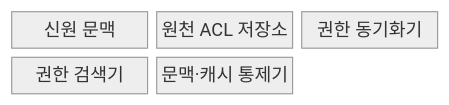
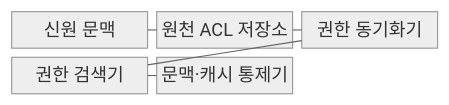
Before and after one commit to agnusdei1207/knowledge-base: the first of 2 diagrams in src/content/docs/notes/08-latest-tech/085_permission_aware_rag.md, drawn with Mermaid (neutral theme). The commit also changed other lines of this file and 228 other files, not shown here.

````diff
--- a/src/content/docs/notes/08-latest-tech/085_permission_aware_rag.md
+++ b/src/content/docs/notes/08-latest-tech/085_permission_aware_rag.md
@@ -49,9 +49,13 @@
 ```mermaid
 block-beta
     columns 3
     I["신원 문맥"]
     A["원천 ACL 저장소"]
     S["권한 동기화기"]
     R["권한 검색기"]
     C["문맥·캐시 통제기"]
+    I --- A
+    A --- S
+    S --- R
+    R --- C
 ```
````
